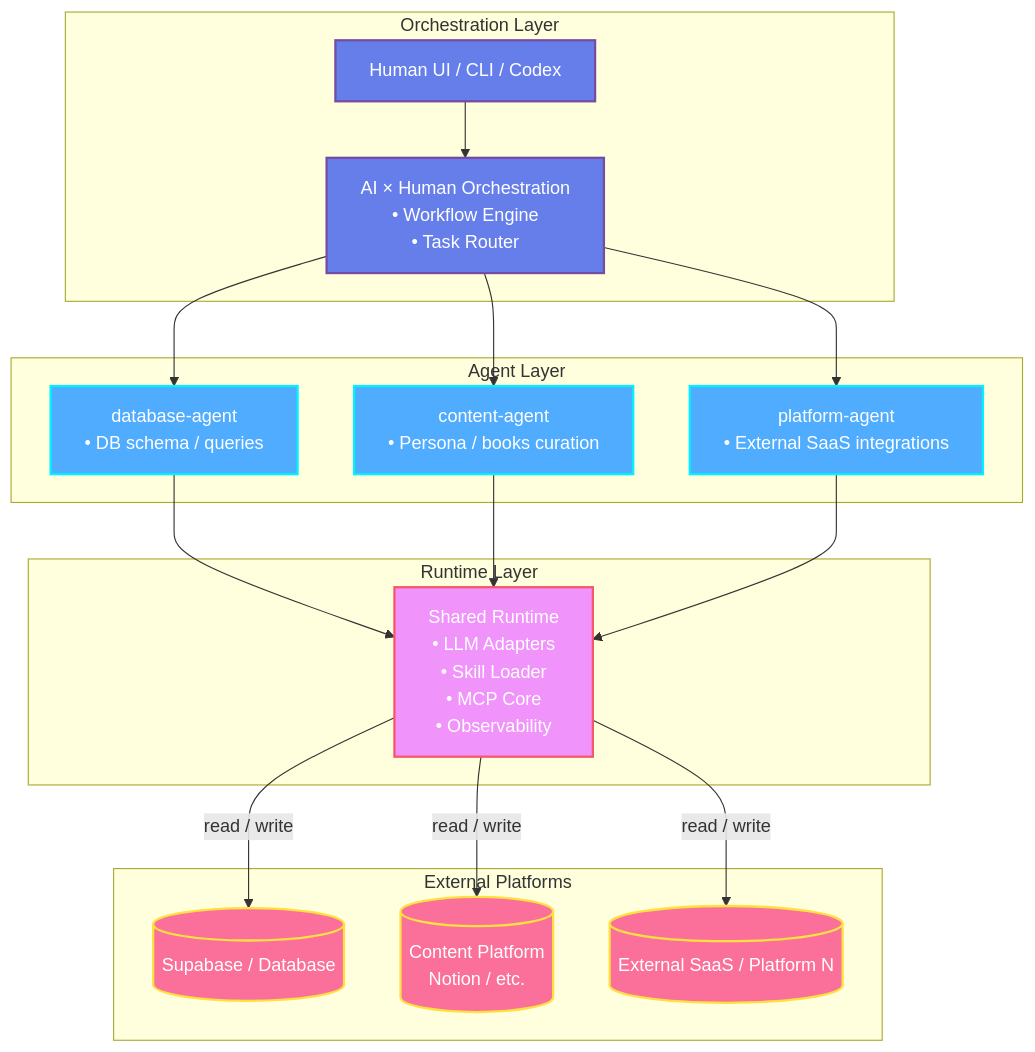
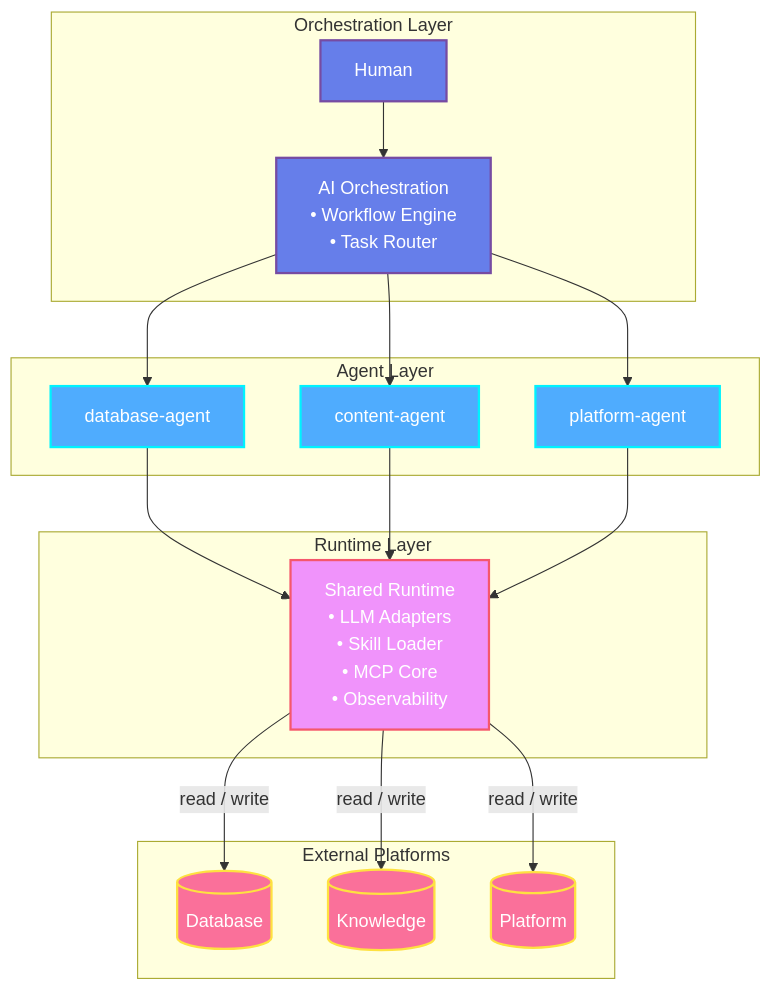
Before and after one commit to artificial-intelligence-first/aao-skeleton: the first of 2 diagrams in README.md, drawn with Mermaid.

Commit message:
Refine terminology in README.md diagrams

````diff
--- a/README.md
+++ b/README.md
@@ -26,53 +26,53 @@
 ```mermaid
 graph TB
     %% ========== Orchestration Layer ==========
     subgraph "Orchestration Layer"
-        Human[Human UI / CLI / Codex]
-        Orchestration[AI × Human Orchestration<br/>• Workflow Engine<br/>• Task Router]
+        Human[Human]
+        Orchestration[AI Orchestration<br/>• Workflow Engine<br/>• Task Router]
     end
 
     %% ========== Agent Layer ==========
     subgraph "Agent Layer"
-        Agent1[database-agent<br/>• DB schema / queries]
-        Agent2[content-agent<br/>• Persona / books curation]
-        Agent3[platform-agent<br/>• External SaaS integrations]
+        Agent1[database-agent]
+        Agent2[content-agent]
+        Agent3[platform-agent]
     end
 
     %% ========== Runtime Layer ==========
     subgraph "Runtime Layer"
         Runtime[Shared Runtime<br/>• LLM Adapters<br/>• Skill Loader<br/>• MCP Core<br/>• Observability]
     end
 
     %% ========== External Platforms ==========
     subgraph "External Platforms"
-        Platform1[(Supabase / Database)]
-        Platform2[(Content Platform<br/>Notion / etc.)]
-        Platform3[(External SaaS / Platform N)]
+        Platform1[(Database)]
+        Platform2[(Knowledge)]
+        Platform3[(Platform)]
     end
 
     %% ========== Flows ==========
     Human --> Orchestration
 
     Orchestration --> Agent1
     Orchestration --> Agent2
     Orchestration --> Agent3
 
     Agent1 --> Runtime
     Agent2 --> Runtime
     Agent3 --> Runtime
 
     Runtime -->|read / write| Platform1
     Runtime -->|read / write| Platform2
     Runtime -->|read / write| Platform3
 
     %% ========== Styles ==========
     classDef orchestrationStyle fill:#667eea,stroke:#764ba2,stroke-width:2px,color:#fff
     classDef agentStyle         fill:#4facfe,stroke:#00f2fe,stroke-width:2px,color:#fff
     classDef runtimeStyle       fill:#f093fb,stroke:#f5576c,stroke-width:2px,color:#fff
     classDef platformStyle      fill:#fa709a,stroke:#fee140,stroke-width:2px,color:#fff
 
     class Human,Orchestration orchestrationStyle
     class Agent1,Agent2,Agent3 agentStyle
     class Runtime runtimeStyle
     class Platform1,Platform2,Platform3 platformStyle
 ```
````
